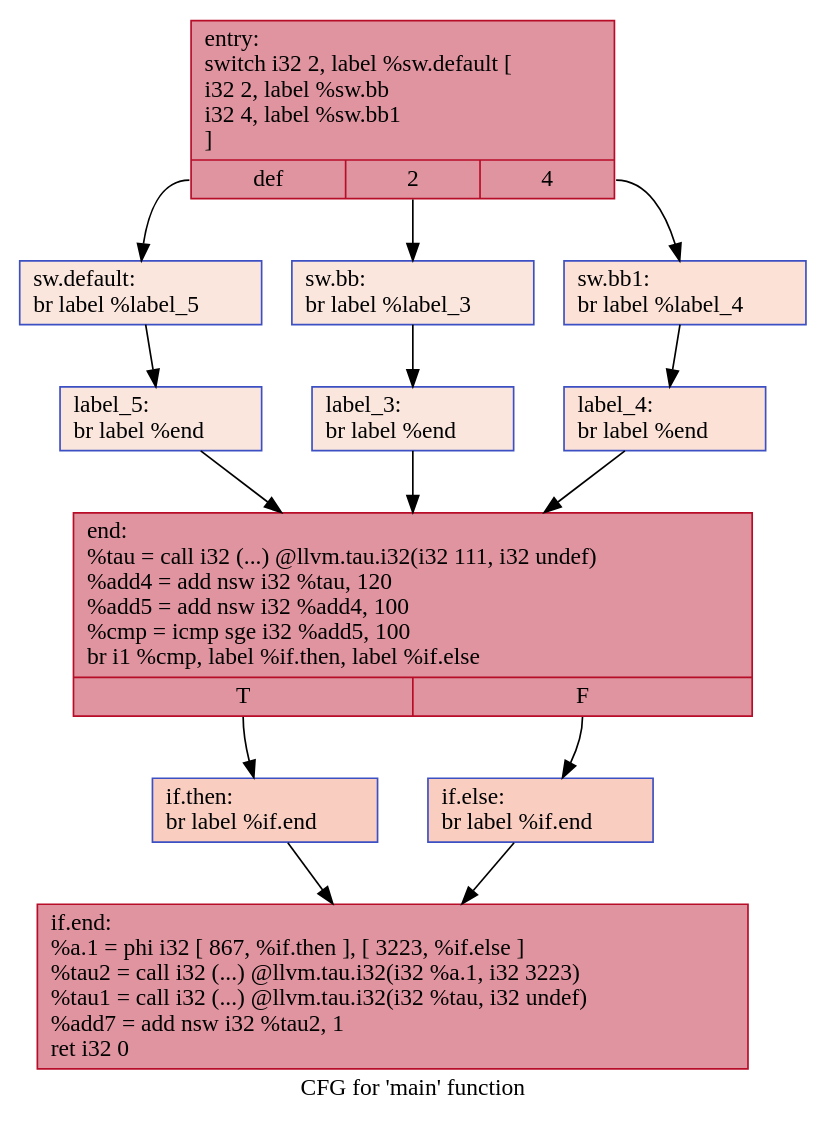
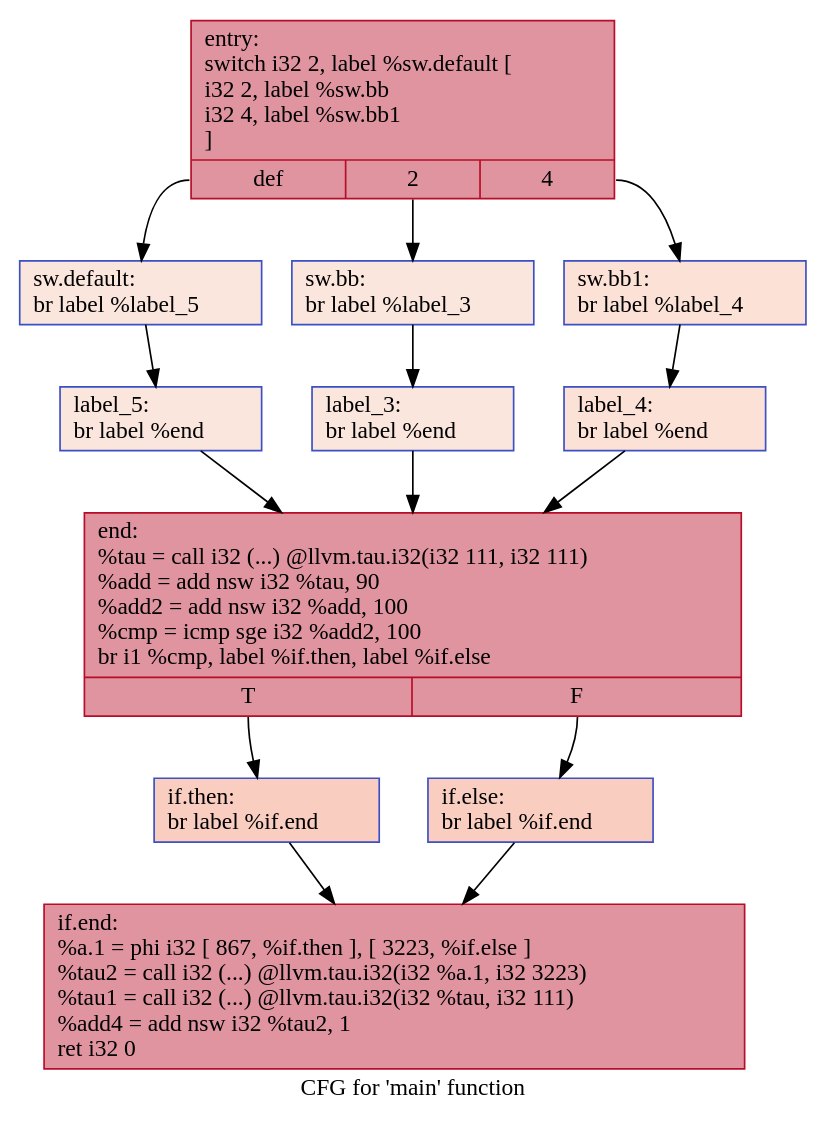
One commit to HPSSA-LLVM/HPSSA-LLVM changed the diagram in IR/cfg/specSCCP_HPSSA.dot. Above: the diagram before and after it, drawn with Graphviz. The commit also changed 36 other files, not shown here.

```diff
--- a/IR/cfg/specSCCP_HPSSA.dot
+++ b/IR/cfg/specSCCP_HPSSA.dot
@@ -1,28 +1,28 @@
 digraph "CFG for 'main' function" {
 	label="CFG for 'main' function";
 
-	Node0x5646b44a08a0 [shape=record,color="#b70d28ff", style=filled, fillcolor="#b70d2870",label="{entry:\l  switch i32 2, label %sw.default [\l    i32 2, label %sw.bb\l    i32 4, label %sw.bb1\l  ]\l|{<s0>def|<s1>2|<s2>4}}"];
-	Node0x5646b44a08a0:s0 -> Node0x5646b44a09d0;
-	Node0x5646b44a08a0:s1 -> Node0x5646b44a0a50;
-	Node0x5646b44a08a0:s2 -> Node0x5646b44a0af0;
-	Node0x5646b44a0a50 [shape=record,color="#3d50c3ff", style=filled, fillcolor="#f3c7b170",label="{sw.bb:                                            \l  br label %label_3\l}"];
-	Node0x5646b44a0a50 -> Node0x5646b44a0c80;
-	Node0x5646b44a0af0 [shape=record,color="#3d50c3ff", style=filled, fillcolor="#f7bca170",label="{sw.bb1:                                           \l  br label %label_4\l}"];
-	Node0x5646b44a0af0 -> Node0x5646b44a0d60;
-	Node0x5646b44a09d0 [shape=record,color="#3d50c3ff", style=filled, fillcolor="#f3c7b170",label="{sw.default:                                       \l  br label %label_5\l}"];
-	Node0x5646b44a09d0 -> Node0x5646b44a0e40;
-	Node0x5646b44a0c80 [shape=record,color="#3d50c3ff", style=filled, fillcolor="#f3c7b170",label="{label_3:                                          \l  br label %end\l}"];
-	Node0x5646b44a0c80 -> Node0x5646b44a0f20;
-	Node0x5646b44a0d60 [shape=record,color="#3d50c3ff", style=filled, fillcolor="#f7bca170",label="{label_4:                                          \l  br label %end\l}"];
-	Node0x5646b44a0d60 -> Node0x5646b44a0f20;
-	Node0x5646b44a0e40 [shape=record,color="#3d50c3ff", style=filled, fillcolor="#f3c7b170",label="{label_5:                                          \l  br label %end\l}"];
-	Node0x5646b44a0e40 -> Node0x5646b44a0f20;
-	Node0x5646b44a0f20 [shape=record,color="#b70d28ff", style=filled, fillcolor="#b70d2870",label="{end:                                              \l  %tau = call i32 (...) @llvm.tau.i32(i32 111, i32 undef)\l  %add4 = add nsw i32 %tau, 120\l  %add5 = add nsw i32 %add4, 100\l  %cmp = icmp sge i32 %add5, 100\l  br i1 %cmp, label %if.then, label %if.else\l|{<s0>T|<s1>F}}"];
-	Node0x5646b44a0f20:s0 -> Node0x5646b44a19a0;
-	Node0x5646b44a0f20:s1 -> Node0x5646b44a1bb0;
-	Node0x5646b44a19a0 [shape=record,color="#3d50c3ff", style=filled, fillcolor="#f2907270",label="{if.then:                                          \l  br label %if.end\l}"];
-	Node0x5646b44a19a0 -> Node0x5646b44a1cd0;
-	Node0x5646b44a1bb0 [shape=record,color="#3d50c3ff", style=filled, fillcolor="#f2907270",label="{if.else:                                          \l  br label %if.end\l}"];
-	Node0x5646b44a1bb0 -> Node0x5646b44a1cd0;
-	Node0x5646b44a1cd0 [shape=record,color="#b70d28ff", style=filled, fillcolor="#b70d2870",label="{if.end:                                           \l  %a.1 = phi i32 [ 867, %if.then ], [ 3223, %if.else ]\l  %tau2 = call i32 (...) @llvm.tau.i32(i32 %a.1, i32 3223)\l  %tau1 = call i32 (...) @llvm.tau.i32(i32 %tau, i32 undef)\l  %add7 = add nsw i32 %tau2, 1\l  ret i32 0\l}"];
+	Node0x555daa4868a0 [shape=record,color="#b70d28ff", style=filled, fillcolor="#b70d2870",label="{entry:\l  switch i32 2, label %sw.default [\l    i32 2, label %sw.bb\l    i32 4, label %sw.bb1\l  ]\l|{<s0>def|<s1>2|<s2>4}}"];
+	Node0x555daa4868a0:s0 -> Node0x555daa4869d0;
+	Node0x555daa4868a0:s1 -> Node0x555daa486a50;
+	Node0x555daa4868a0:s2 -> Node0x555daa486af0;
+	Node0x555daa486a50 [shape=record,color="#3d50c3ff", style=filled, fillcolor="#f3c7b170",label="{sw.bb:                                            \l  br label %label_3\l}"];
+	Node0x555daa486a50 -> Node0x555daa486c80;
+	Node0x555daa486af0 [shape=record,color="#3d50c3ff", style=filled, fillcolor="#f7bca170",label="{sw.bb1:                                           \l  br label %label_4\l}"];
+	Node0x555daa486af0 -> Node0x555daa486d60;
+	Node0x555daa4869d0 [shape=record,color="#3d50c3ff", style=filled, fillcolor="#f3c7b170",label="{sw.default:                                       \l  br label %label_5\l}"];
+	Node0x555daa4869d0 -> Node0x555daa486e40;
+	Node0x555daa486c80 [shape=record,color="#3d50c3ff", style=filled, fillcolor="#f3c7b170",label="{label_3:                                          \l  br label %end\l}"];
+	Node0x555daa486c80 -> Node0x555daa486f20;
+	Node0x555daa486d60 [shape=record,color="#3d50c3ff", style=filled, fillcolor="#f7bca170",label="{label_4:                                          \l  br label %end\l}"];
+	Node0x555daa486d60 -> Node0x555daa486f20;
+	Node0x555daa486e40 [shape=record,color="#3d50c3ff", style=filled, fillcolor="#f3c7b170",label="{label_5:                                          \l  br label %end\l}"];
+	Node0x555daa486e40 -> Node0x555daa486f20;
+	Node0x555daa486f20 [shape=record,color="#b70d28ff", style=filled, fillcolor="#b70d2870",label="{end:                                              \l  %tau = call i32 (...) @llvm.tau.i32(i32 111, i32 111)\l  %add = add nsw i32 %tau, 90\l  %add2 = add nsw i32 %add, 100\l  %cmp = icmp sge i32 %add2, 100\l  br i1 %cmp, label %if.then, label %if.else\l|{<s0>T|<s1>F}}"];
+	Node0x555daa486f20:s0 -> Node0x555daa487570;
+	Node0x555daa486f20:s1 -> Node0x555daa487780;
+	Node0x555daa487570 [shape=record,color="#3d50c3ff", style=filled, fillcolor="#f2907270",label="{if.then:                                          \l  br label %if.end\l}"];
+	Node0x555daa487570 -> Node0x555daa4878a0;
+	Node0x555daa487780 [shape=record,color="#3d50c3ff", style=filled, fillcolor="#f2907270",label="{if.else:                                          \l  br label %if.end\l}"];
+	Node0x555daa487780 -> Node0x555daa4878a0;
+	Node0x555daa4878a0 [shape=record,color="#b70d28ff", style=filled, fillcolor="#b70d2870",label="{if.end:                                           \l  %a.1 = phi i32 [ 867, %if.then ], [ 3223, %if.else ]\l  %tau2 = call i32 (...) @llvm.tau.i32(i32 %a.1, i32 3223)\l  %tau1 = call i32 (...) @llvm.tau.i32(i32 %tau, i32 111)\l  %add4 = add nsw i32 %tau2, 1\l  ret i32 0\l}"];
 }
```
